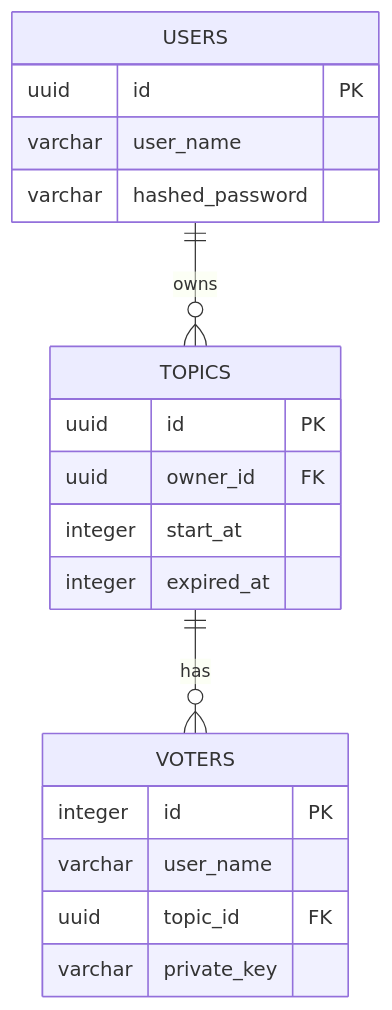
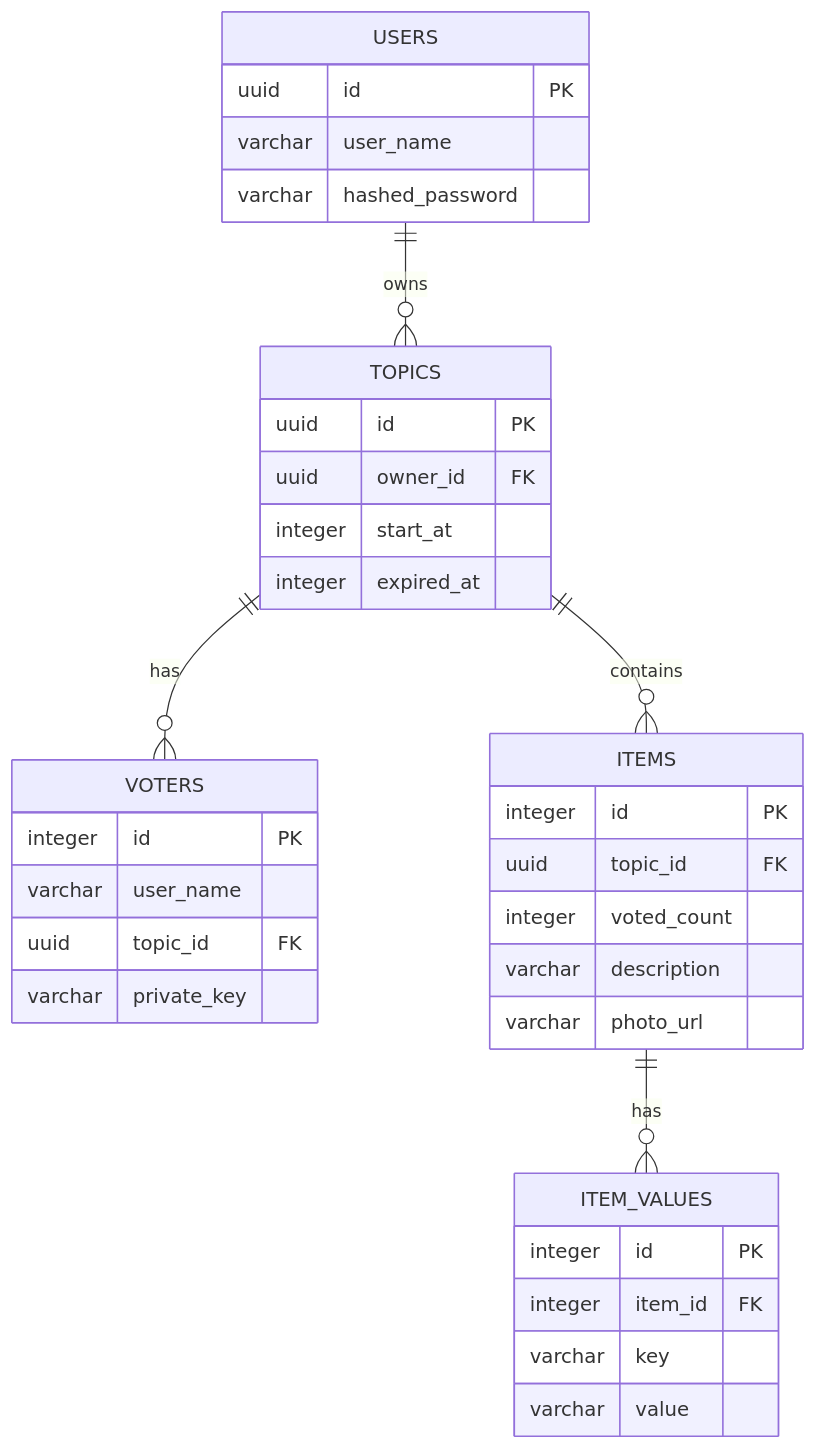
The diagram in docs/db_schema.md (zukigit/zukivote), drawn with Mermaid before and after one commit. The commit also changed other lines of this file, not shown here.

````diff
--- a/docs/db_schema.md
+++ b/docs/db_schema.md
@@ -5,25 +5,42 @@
 ```mermaid
 erDiagram
     USERS {
         uuid id PK
         varchar user_name
         varchar hashed_password
     }
 
     TOPICS {
         uuid id PK
         uuid owner_id FK
         integer start_at
         integer expired_at
     }
 
     VOTERS {
         integer id PK
         varchar user_name
         uuid topic_id FK
         varchar private_key
     }
 
+    ITEMS {
+        integer id PK
+        uuid topic_id FK
+        integer voted_count
+        varchar description
+        varchar photo_url
+    }
+
+    ITEM_VALUES {
+        integer id PK
+        integer item_id FK
+        varchar key
+        varchar value
+    }
+
     USERS ||--o{ TOPICS : owns
     TOPICS ||--o{ VOTERS : has
+    TOPICS ||--o{ ITEMS : contains
+    ITEMS ||--o{ ITEM_VALUES : has
 ```
````
